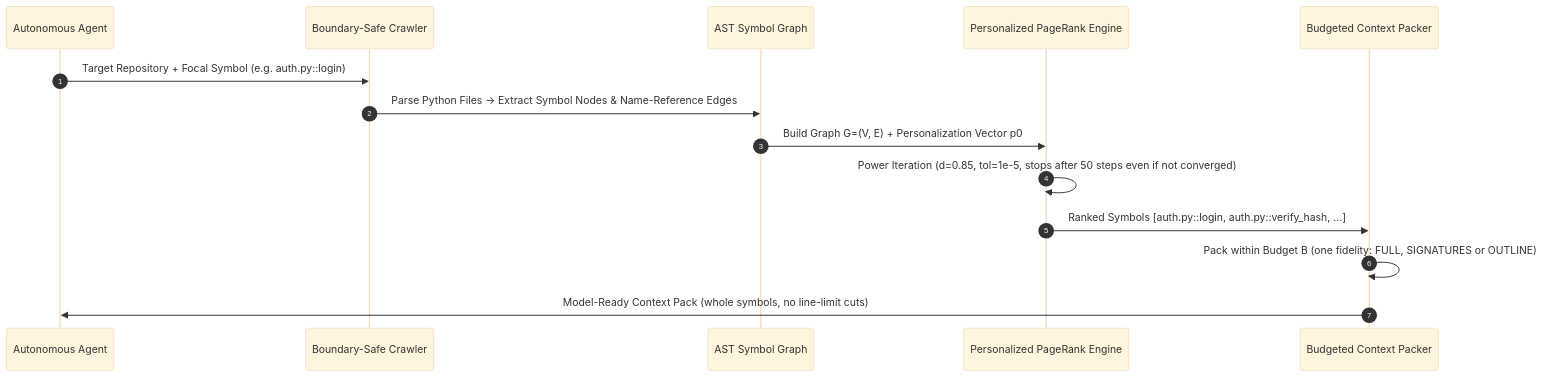
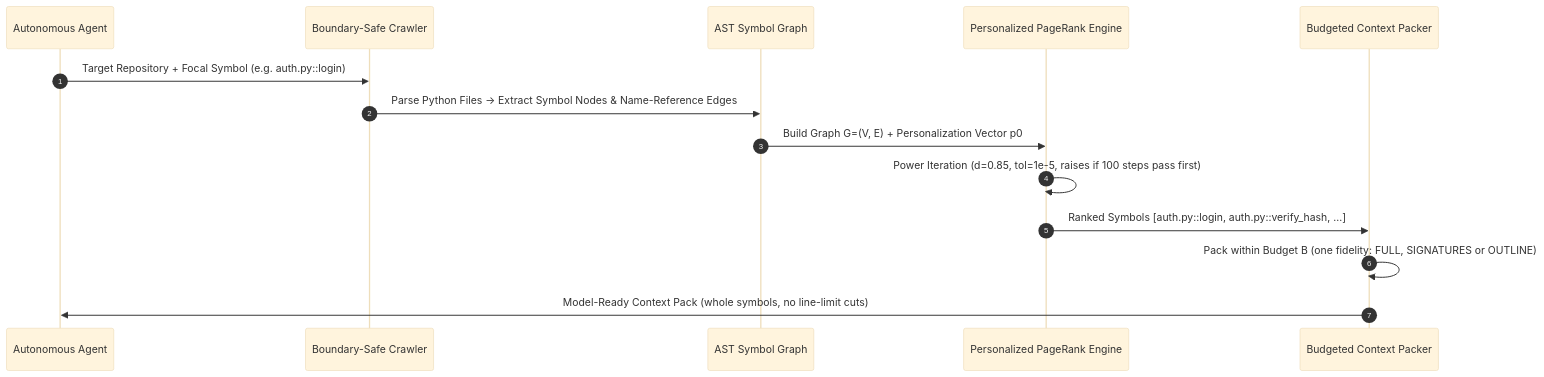
The diagram in patterns/ast-graph-relevance-ranking-and-context-packing.md (dan-petty/vibes), drawn with Mermaid (base theme) before and after one commit. The commit also changed other lines of this file and 12 other files, not shown here.

````diff
--- a/patterns/ast-graph-relevance-ranking-and-context-packing.md
+++ b/patterns/ast-graph-relevance-ranking-and-context-packing.md
@@ -25,17 +25,17 @@
 ```mermaid
 sequenceDiagram
     autonumber
     participant Agent as Autonomous Agent
     participant Crawler as Boundary-Safe Crawler
     participant AST as AST Symbol Graph
     participant PPR as Personalized PageRank Engine
     participant Packer as Budgeted Context Packer
 
     Agent->>Crawler: Target Repository + Focal Symbol (e.g. auth.py::login)
     Crawler->>AST: Parse Python Files -> Extract Symbol Nodes & Name-Reference Edges
     AST->>PPR: Build Graph G=(V, E) + Personalization Vector p0
-    PPR->>PPR: Power Iteration (d=0.85, tol=1e-5, stops after 50 steps even if not converged)
+    PPR->>PPR: Power Iteration (d=0.85, tol=1e-5, raises if 100 steps pass first)
     PPR->>Packer: Ranked Symbols [auth.py::login, auth.py::verify_hash, ...]
     Packer->>Packer: Pack within Budget B (one fidelity: FULL, SIGNATURES or OUTLINE)
     Packer->>Agent: Model-Ready Context Pack (whole symbols, no line-limit cuts)
 ```
````
